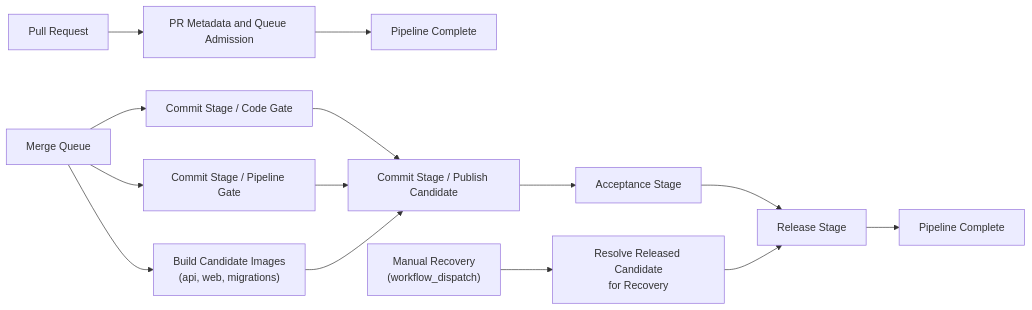
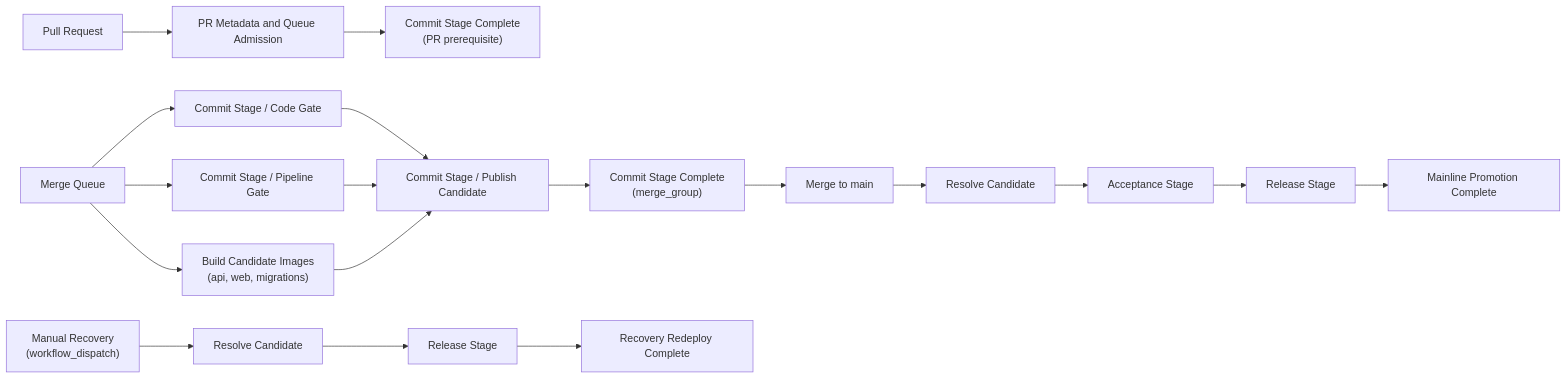
The diagram in pipeline/README.md (glcsolutions-ca/compass), drawn with Mermaid before and after one commit. The commit also changed other lines of this file and 14 other files, not shown here.

Commit message:
ci: split promotion pipeline at main

````diff
--- a/pipeline/README.md
+++ b/pipeline/README.md
@@ -3,18 +3,22 @@
 ```mermaid
 flowchart LR
     PR["Pull Request"] --> META["PR Metadata and Queue Admission"]
-    META --> QPC["Pipeline Complete"]
+    META --> PRC["Commit Stage Complete\n(PR prerequisite)"]
 
     MQ["Merge Queue"] --> CG["Commit Stage / Code Gate"]
     MQ --> PG["Commit Stage / Pipeline Gate"]
     MQ --> BI["Build Candidate Images\n(api, web, migrations)"]
     CG --> PUB["Commit Stage / Publish Candidate"]
     PG --> PUB
     BI --> PUB
-    PUB --> ACC["Acceptance Stage"]
+    PUB --> MGC["Commit Stage Complete\n(merge_group)"]
+    MGC --> MAIN["Merge to main"]
+    MAIN --> RES["Resolve Candidate"]
+    RES --> ACC["Acceptance Stage"]
     ACC --> REL["Release Stage"]
-    REL --> PC["Pipeline Complete"]
+    REL --> MPC["Mainline Promotion Complete"]
 
-    MR["Manual Recovery\n(workflow_dispatch)"] --> RES["Resolve Released Candidate\nfor Recovery"]
-    RES --> REL
+    MR["Manual Recovery\n(workflow_dispatch)"] --> RRES["Resolve Candidate"]
+    RRES --> RREL["Release Stage"]
+    RREL --> RC["Recovery Redeploy Complete"]
 ```
````
